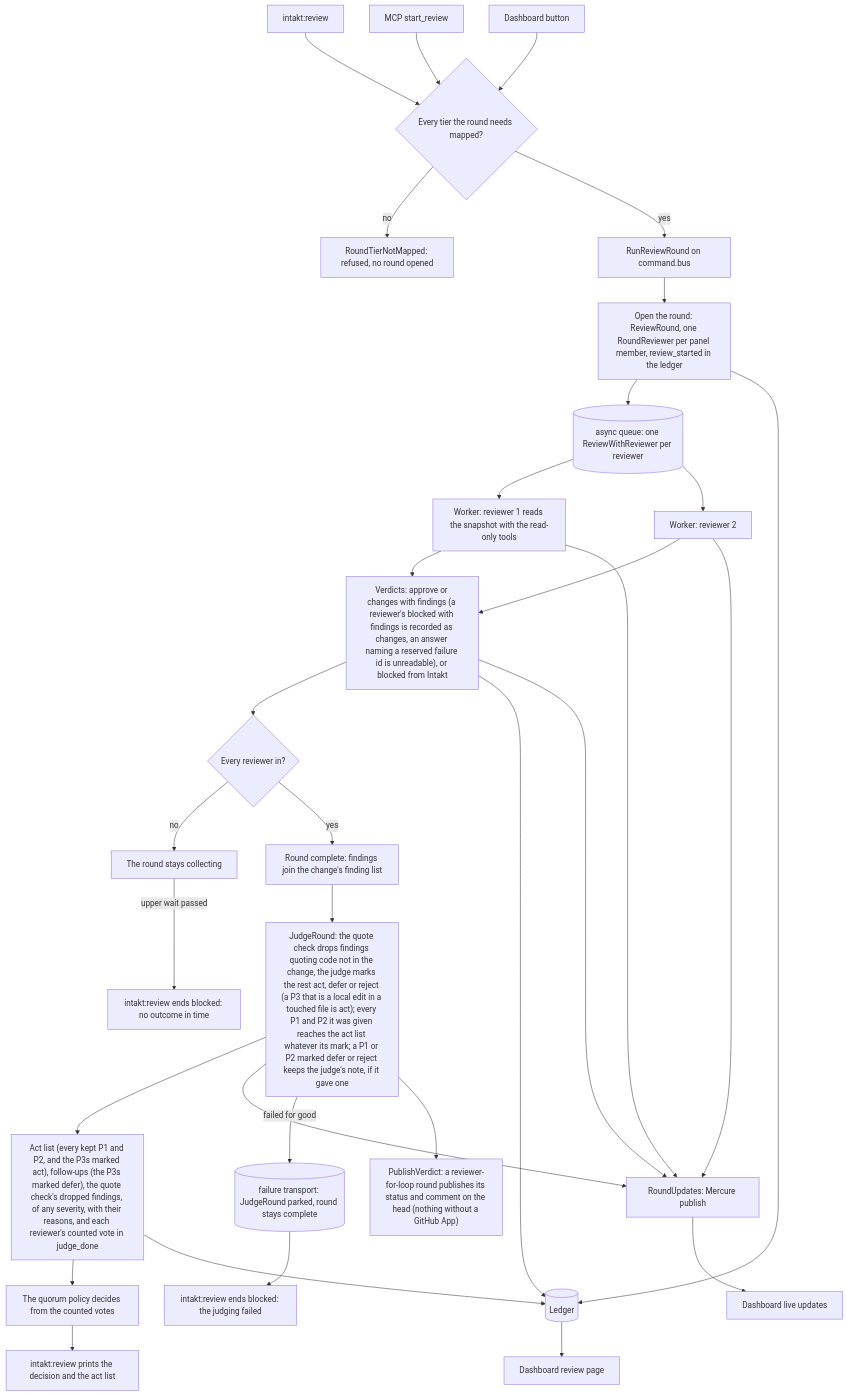
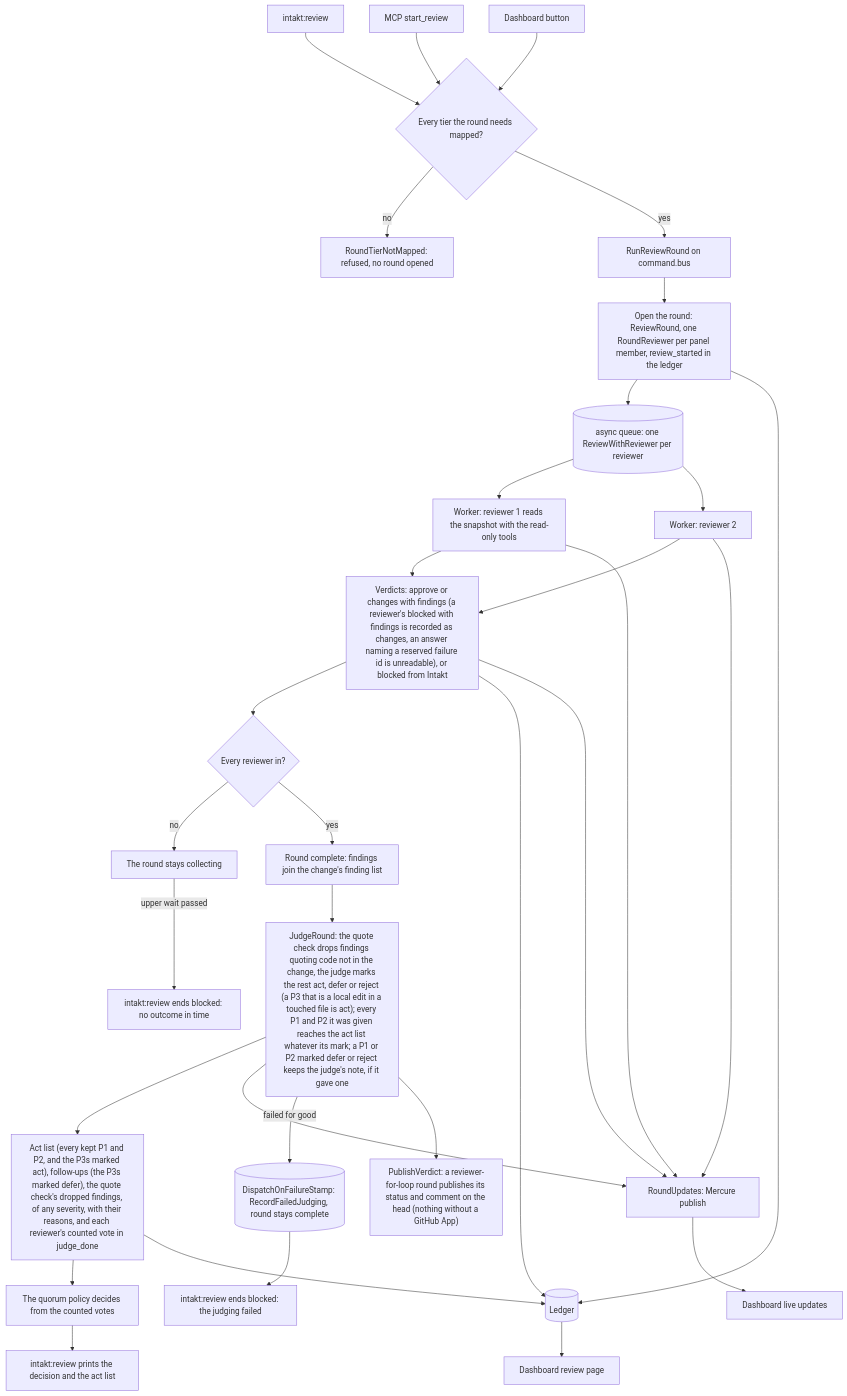
Before and after one commit to shinyredapples/intakt: the diagram in docs/architecture/review-flow.md, drawn with Mermaid. The commit also changed other lines of this file and 4 other files, not shown here.

Commit message:
docs(review): describe the failure stamp of the judging

````diff
--- a/docs/architecture/review-flow.md
+++ b/docs/architecture/review-flow.md
@@ -5,33 +5,33 @@
 ```mermaid
 flowchart TD
     cli["intakt:review"] --> start
     mcp["MCP start_review"] --> start
     btn["Dashboard button"] --> start
     start{"Every tier the round needs mapped?"} -->|no| refused["RoundTierNotMapped: refused, no round opened"]
     start -->|yes| run["RunReviewRound on command.bus"] --> open["Open the round: ReviewRound, one RoundReviewer per panel member, review_started in the ledger"]
     open --> queue[("async queue: one ReviewWithReviewer per reviewer")]
     queue --> w1["Worker: reviewer 1 reads the snapshot with the read-only tools"]
     queue --> w2["Worker: reviewer 2"]
     w1 --> verdicts["Verdicts: approve or changes with findings (a reviewer's blocked with findings is recorded as changes, an answer naming a reserved failure id is unreadable), or blocked from Intakt"]
     w2 --> verdicts
     verdicts --> complete{"Every reviewer in?"}
     complete -->|no| wait["The round stays collecting"]
     complete -->|yes| collected["Round complete: findings join the change's finding list"]
     collected --> judge["JudgeRound: the quote check drops findings quoting code not in the change, the judge marks the rest act, defer or reject (a P3 that is a local edit in a touched file is act); every P1 and P2 it was given reaches the act list whatever its mark; a P1 or P2 marked defer or reject keeps the judge's note, if it gave one"]
     judge --> act["Act list (every kept P1 and P2, and the P3s marked act), follow-ups (the P3s marked defer), the quote check's dropped findings, of any severity, with their reasons, and each reviewer's counted vote in judge_done"]
     act --> quorum["The quorum policy decides from the counted votes"]
     act --> ledger[("Ledger")]
     open --> ledger
     verdicts --> ledger
     ledger --> dash["Dashboard review page"]
     w1 --> updates["RoundUpdates: Mercure publish"]
     w2 --> updates
     verdicts --> updates
     judge --> updates
     updates --> live["Dashboard live updates"]
     quorum --> out["intakt:review prints the decision and the act list"]
-    judge -->|failed for good| failed[("failure transport: JudgeRound parked, round stays complete")]
+    judge -->|failed for good| failed[("DispatchOnFailureStamp: RecordFailedJudging, round stays complete")]
     failed --> outFailed["intakt:review ends blocked: the judging failed"]
     wait -->|upper wait passed| outLate["intakt:review ends blocked: no outcome in time"]
     judge --> publish["PublishVerdict: a reviewer-for-loop round publishes its status and comment on the head (nothing without a GitHub App)"]
 ```
````
